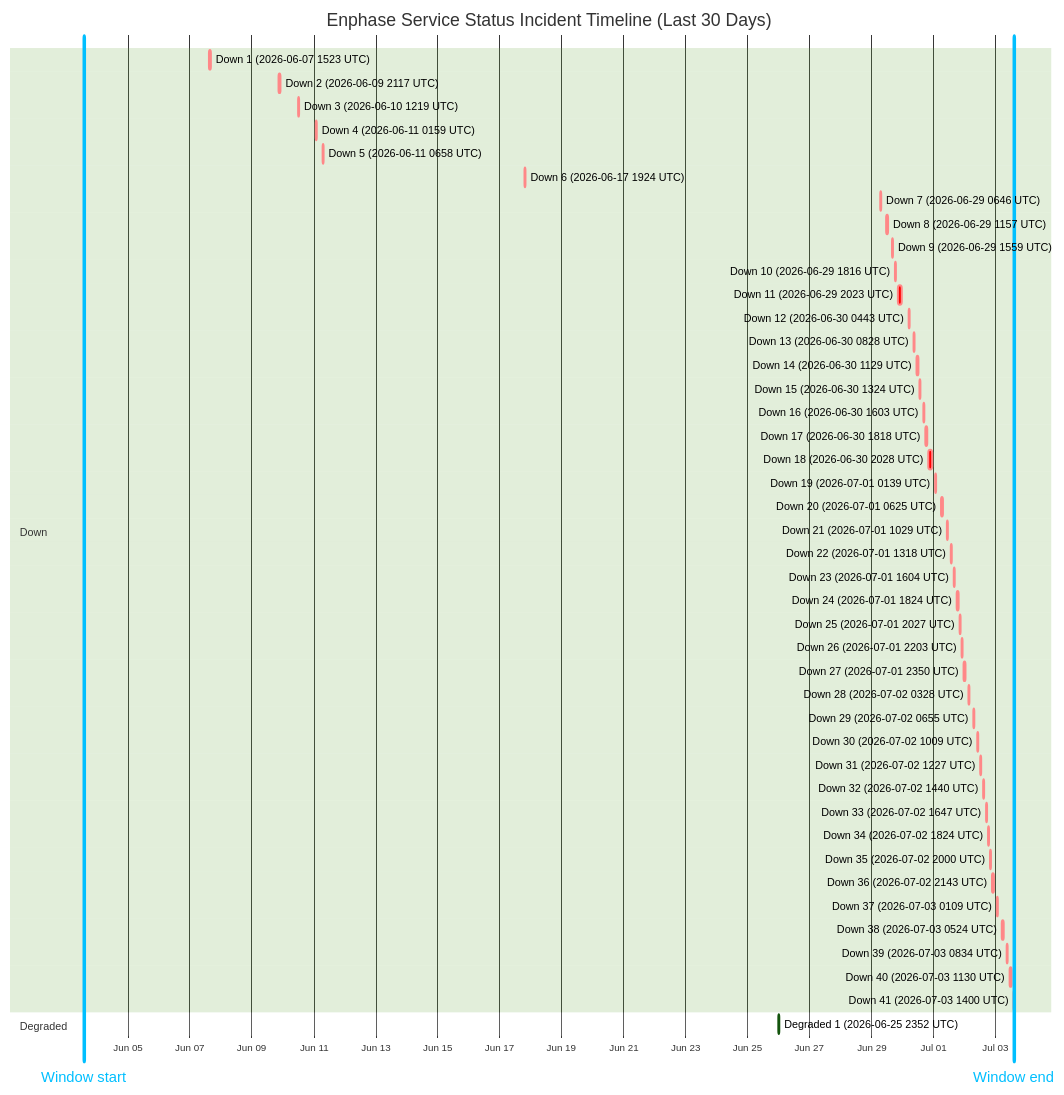
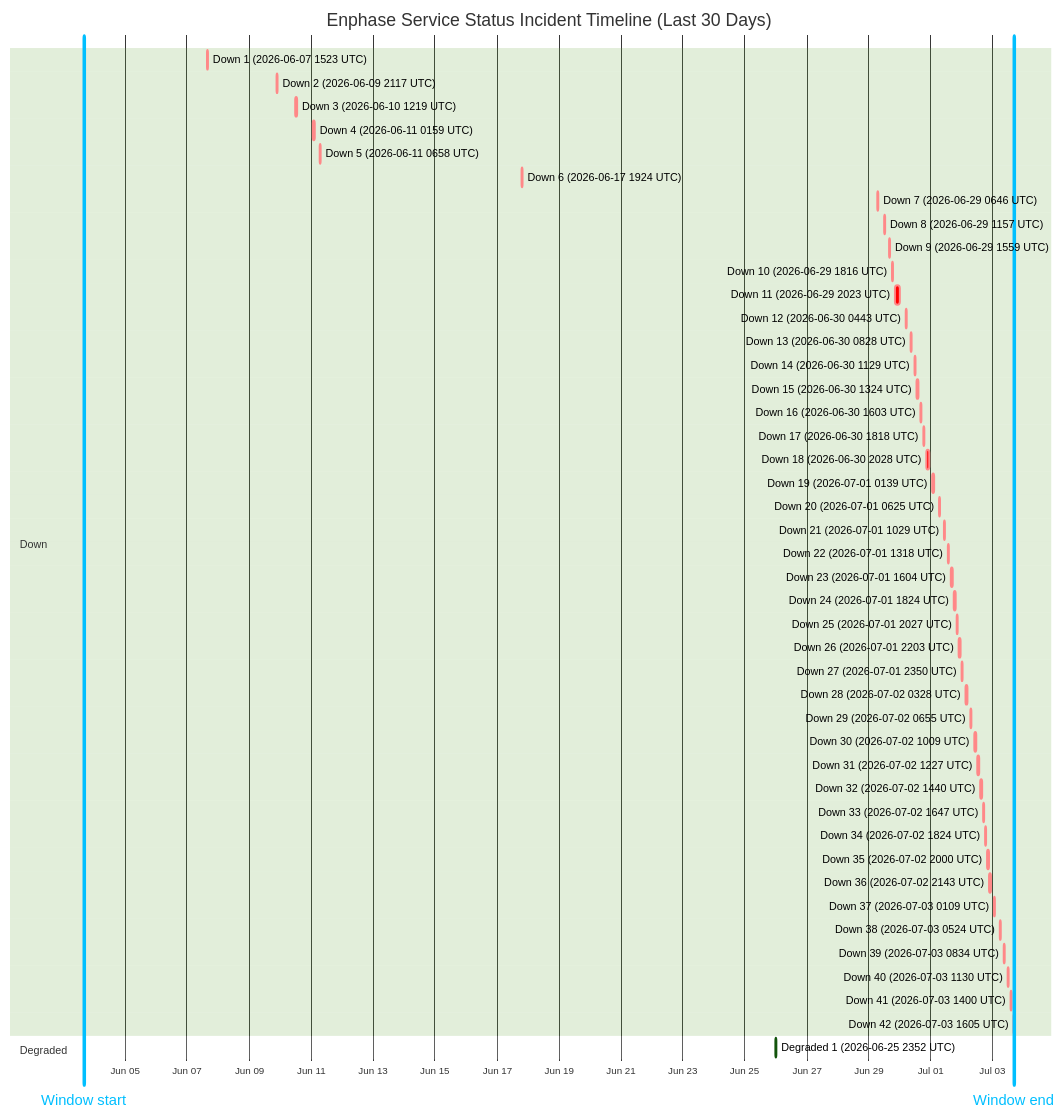
The diagram in wiki/Service-Status-History.md (barneyonline/ha-enphase-energy), drawn with Mermaid (forest theme) before and after one commit. The commit also changed other lines of this file and 3 other files, not shown here.

````diff
--- a/wiki/Service-Status-History.md
+++ b/wiki/Service-Status-History.md
@@ -14,52 +14,53 @@
 ```mermaid
 gantt
     title Enphase Service Status Incident Timeline (Last 30 Days)
     dateFormat  YYYY-MM-DDTHH:mm:ss
     axisFormat  %b %d
-    Window start :vert, window-start, 2026-06-03T14:00:48, 0ms
-    Window end :vert, window-end, 2026-07-03T14:00:48, 0ms
+    Window start :vert, window-start, 2026-06-03T16:05:49, 0ms
+    Window end :vert, window-end, 2026-07-03T16:05:49, 0ms
     section Down
     Down 1 (2026-06-07 1523 UTC) :crit, down-1, 2026-06-07T15:23:22, 87m
     Down 2 (2026-06-09 2117 UTC) :crit, down-2, 2026-06-09T21:17:17, 60m
     Down 3 (2026-06-10 1219 UTC) :crit, down-3, 2026-06-10T12:19:21, 60m
     Down 4 (2026-06-11 0159 UTC) :crit, down-4, 2026-06-11T01:59:36, 60m
     Down 5 (2026-06-11 0658 UTC) :crit, down-5, 2026-06-11T06:58:45, 60m
     Down 6 (2026-06-17 1924 UTC) :crit, down-6, 2026-06-17T19:24:51, 60m
     Down 7 (2026-06-29 0646 UTC) :crit, down-7, 2026-06-29T06:46:18, 60m
     Down 8 (2026-06-29 1157 UTC) :crit, down-8, 2026-06-29T11:57:36, 60m
     Down 9 (2026-06-29 1559 UTC) :crit, down-9, 2026-06-29T15:59:02, 60m
     Down 10 (2026-06-29 1816 UTC) :crit, down-10, 2026-06-29T18:16:38, 60m
     Down 11 (2026-06-29 2023 UTC) :crit, down-11, 2026-06-29T20:23:16, 220m
     Down 12 (2026-06-30 0443 UTC) :crit, down-12, 2026-06-30T04:43:54, 60m
     Down 13 (2026-06-30 0828 UTC) :crit, down-13, 2026-06-30T08:28:43, 60m
     Down 14 (2026-06-30 1129 UTC) :crit, down-14, 2026-06-30T11:29:15, 60m
     Down 15 (2026-06-30 1324 UTC) :crit, down-15, 2026-06-30T13:24:25, 60m
     Down 16 (2026-06-30 1603 UTC) :crit, down-16, 2026-06-30T16:03:26, 60m
     Down 17 (2026-06-30 1818 UTC) :crit, down-17, 2026-06-30T18:18:39, 60m
     Down 18 (2026-06-30 2028 UTC) :crit, down-18, 2026-06-30T20:28:54, 171m
     Down 19 (2026-07-01 0139 UTC) :crit, down-19, 2026-07-01T01:39:18, 60m
     Down 20 (2026-07-01 0625 UTC) :crit, down-20, 2026-07-01T06:25:35, 60m
     Down 21 (2026-07-01 1029 UTC) :crit, down-21, 2026-07-01T10:29:24, 60m
     Down 22 (2026-07-01 1318 UTC) :crit, down-22, 2026-07-01T13:18:31, 60m
     Down 23 (2026-07-01 1604 UTC) :crit, down-23, 2026-07-01T16:04:29, 60m
     Down 24 (2026-07-01 1824 UTC) :crit, down-24, 2026-07-01T18:24:21, 60m
     Down 25 (2026-07-01 2027 UTC) :crit, down-25, 2026-07-01T20:27:17, 60m
     Down 26 (2026-07-01 2203 UTC) :crit, down-26, 2026-07-01T22:03:46, 60m
     Down 27 (2026-07-01 2350 UTC) :crit, down-27, 2026-07-01T23:50:52, 60m
     Down 28 (2026-07-02 0328 UTC) :crit, down-28, 2026-07-02T03:28:33, 60m
     Down 29 (2026-07-02 0655 UTC) :crit, down-29, 2026-07-02T06:55:07, 60m
     Down 30 (2026-07-02 1009 UTC) :crit, down-30, 2026-07-02T10:09:15, 60m
     Down 31 (2026-07-02 1227 UTC) :crit, down-31, 2026-07-02T12:27:49, 60m
     Down 32 (2026-07-02 1440 UTC) :crit, down-32, 2026-07-02T14:40:53, 60m
     Down 33 (2026-07-02 1647 UTC) :crit, down-33, 2026-07-02T16:47:47, 60m
     Down 34 (2026-07-02 1824 UTC) :crit, down-34, 2026-07-02T18:24:26, 60m
     Down 35 (2026-07-02 2000 UTC) :crit, down-35, 2026-07-02T20:00:57, 60m
     Down 36 (2026-07-02 2143 UTC) :crit, down-36, 2026-07-02T21:43:52, 80m
     Down 37 (2026-07-03 0109 UTC) :crit, down-37, 2026-07-03T01:09:19, 60m
     Down 38 (2026-07-03 0524 UTC) :crit, down-38, 2026-07-03T05:24:23, 60m
     Down 39 (2026-07-03 0834 UTC) :crit, down-39, 2026-07-03T08:34:05, 60m
     Down 40 (2026-07-03 1130 UTC) :crit, down-40, 2026-07-03T11:30:41, 60m
     Down 41 (2026-07-03 1400 UTC) :crit, down-41, 2026-07-03T14:00:48, 60m
+    Down 42 (2026-07-03 1605 UTC) :crit, down-42, 2026-07-03T16:05:49, 60m
     section Degraded
     Degraded 1 (2026-06-25 2352 UTC) :active, degraded-1, 2026-06-25T23:52:01, 60m
 ```
````
